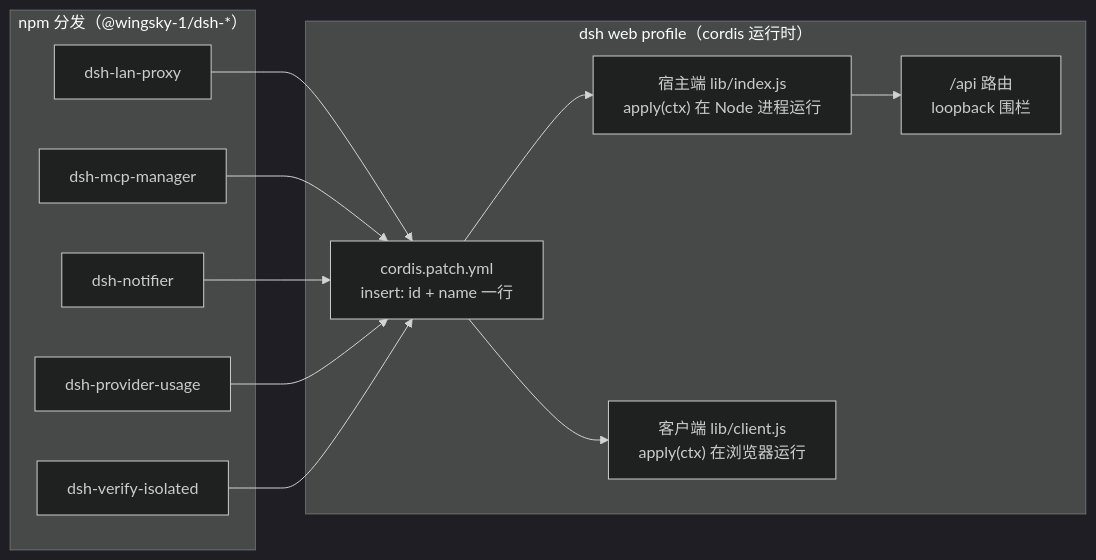
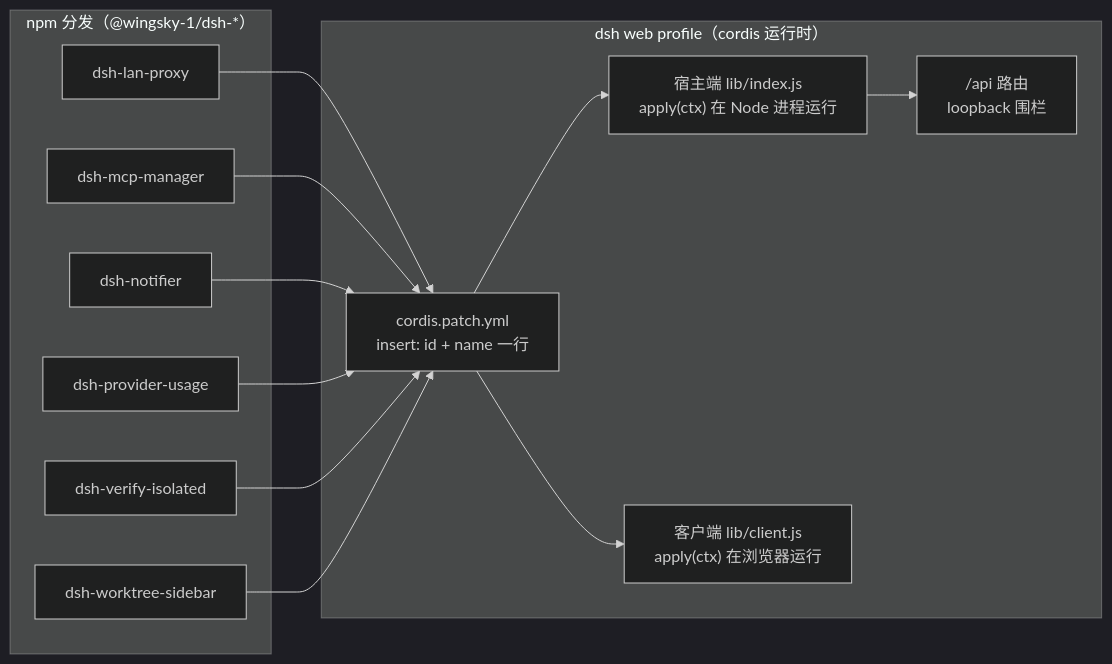
One commit to realreus319/dsh-plugin-hub changed the diagram in docs/architecture/README.md. Above: the diagram before and after it, drawn with Mermaid (dark theme). The commit also changed other lines of this file and 113 other files, not shown here.

First line of the commit message:
feat(dsh-worktree-sidebar): worktree 侧边栏适配层

````diff
--- a/docs/architecture/README.md
+++ b/docs/architecture/README.md
@@ -31,26 +32,28 @@
 ```mermaid
 flowchart LR
     subgraph npm["npm 分发（@wingsky-1/dsh-*）"]
         P1["dsh-lan-proxy"]
         P2["dsh-mcp-manager"]
         P3["dsh-notifier"]
         P4["dsh-provider-usage"]
         P5["dsh-verify-isolated"]
+        P6["dsh-worktree-sidebar"]
     end
 
     subgraph profile["dsh web profile（cordis 运行时）"]
         CORDIS["cordis.patch.yml<br/>insert: id + name 一行"]
         HOST["宿主端 lib/index.js<br/>apply(ctx) 在 Node 进程运行"]
         CLIENT["客户端 lib/client.js<br/>apply(ctx) 在浏览器运行"]
         ROUTES["/api 路由<br/>loopback 围栏"]
         CORDIS --> HOST
         CORDIS --> CLIENT
         HOST --> ROUTES
     end
 
     P1 --> CORDIS
     P2 --> CORDIS
     P3 --> CORDIS
     P4 --> CORDIS
     P5 --> CORDIS
+    P6 --> CORDIS
 ```
````
